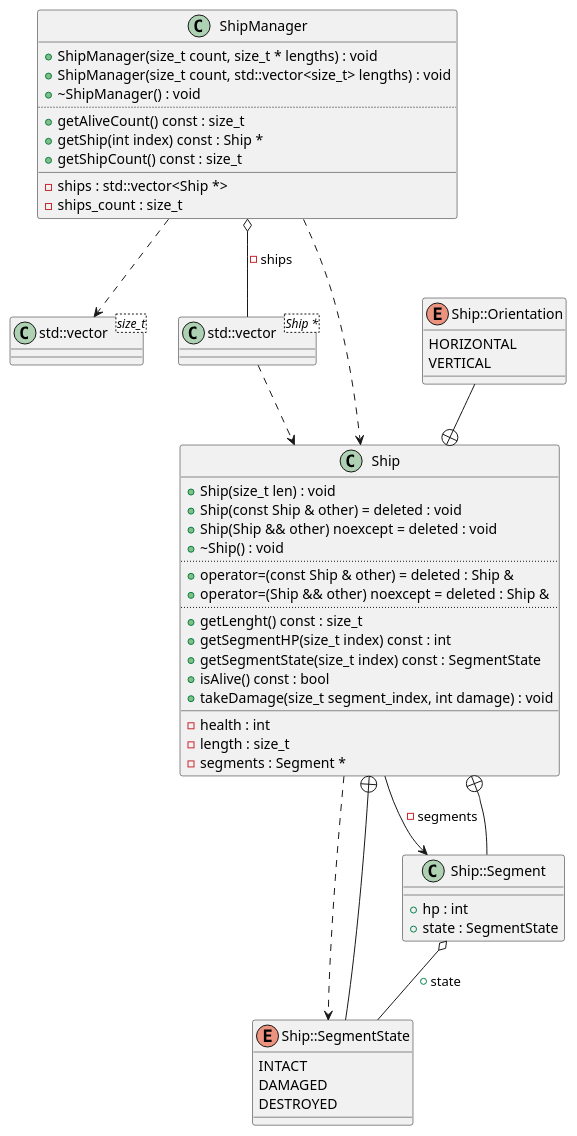
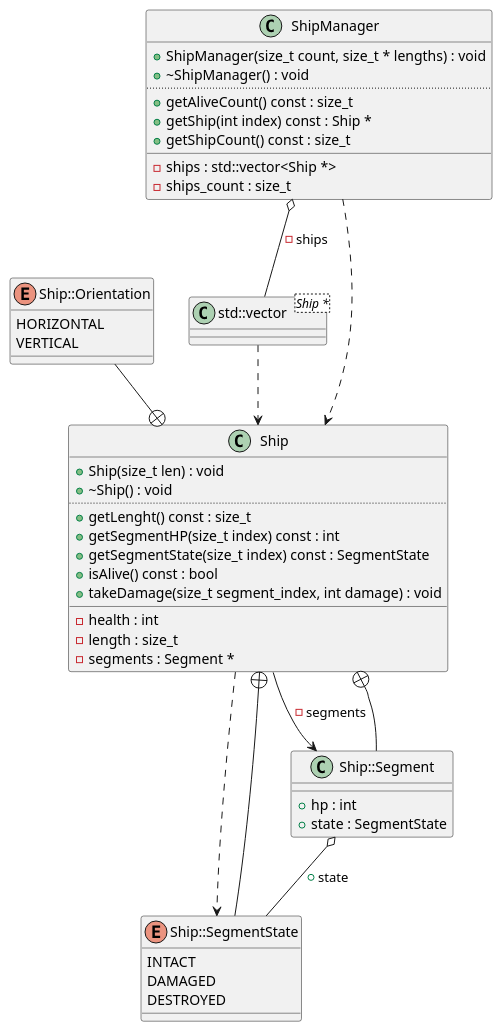
Before and after one commit to Rennelv/ships: the diagram in diagrams/ShipManager.puml, drawn with PlantUML. The commit also changed 13 other files, not shown here.

Commit message:
Refactor Ship, ShipField, ShipManager, and Game classes

```diff
--- a/diagrams/ShipManager.puml
+++ b/diagrams/ShipManager.puml
@@ -1,73 +1,62 @@
 @startuml
-class "std::vector<size_t>" as C_0009048762651940375792
-class C_0009048762651940375792 {
-__
-}
 class "std::vector<Ship *>" as C_0007462257846685508834
 class C_0007462257846685508834 {
 __
 }
 class "Ship" as C_0014529657433315016423
 class C_0014529657433315016423 {
 +Ship(size_t len) : void
-+Ship(const Ship & other) = deleted : void
-+Ship(Ship && other) noexcept = deleted : void
 +~Ship() : void
-..
-+operator=(const Ship & other) = deleted : Ship &
-+operator=(Ship && other) noexcept = deleted : Ship &
 ..
 +getLenght() const : size_t
 +getSegmentHP(size_t index) const : int
 +getSegmentState(size_t index) const : SegmentState
 +isAlive() const : bool
 +takeDamage(size_t segment_index, int damage) : void
 __
 -health : int
 -length : size_t
 -segments : Segment *
 }
 enum "Ship::SegmentState" as C_0016593760204207859148
 enum C_0016593760204207859148 {
 INTACT
 DAMAGED
 DESTROYED
 }
 enum "Ship::Orientation" as C_0015200704647938469073
 enum C_0015200704647938469073 {
 HORIZONTAL
 VERTICAL
 }
 class "Ship::Segment" as C_0000674658759292391449
 class C_0000674658759292391449 {
 __
 +hp : int
 +state : SegmentState
 }
 class "ShipManager" as C_0017499122254539489506
 class C_0017499122254539489506 {
 +ShipManager(size_t count, size_t * lengths) : void
-+ShipManager(size_t count, std::vector<size_t> lengths) : void
 +~ShipManager() : void
 ..
 +getAliveCount() const : size_t
 +getShip(int index) const : Ship *
 +getShipCount() const : size_t
 __
 -ships : std::vector<Ship *>
 -ships_count : size_t
 }
 C_0007462257846685508834 ..> C_0014529657433315016423
 C_0014529657433315016423 ..> C_0016593760204207859148
 C_0014529657433315016423 --> C_0000674658759292391449 : -segments
 C_0016593760204207859148 --+ C_0014529657433315016423
 C_0015200704647938469073 --+ C_0014529657433315016423
 C_0000674658759292391449 --+ C_0014529657433315016423
 C_0000674658759292391449 o-- C_0016593760204207859148 : +state
-C_0017499122254539489506 ..> C_0009048762651940375792
 C_0017499122254539489506 ..> C_0014529657433315016423
 C_0017499122254539489506 o-- C_0007462257846685508834 : -ships
 
 'Generated with clang-uml, version 0.5.5
 'LLVM version clang version 18.1.8
 @enduml
```
